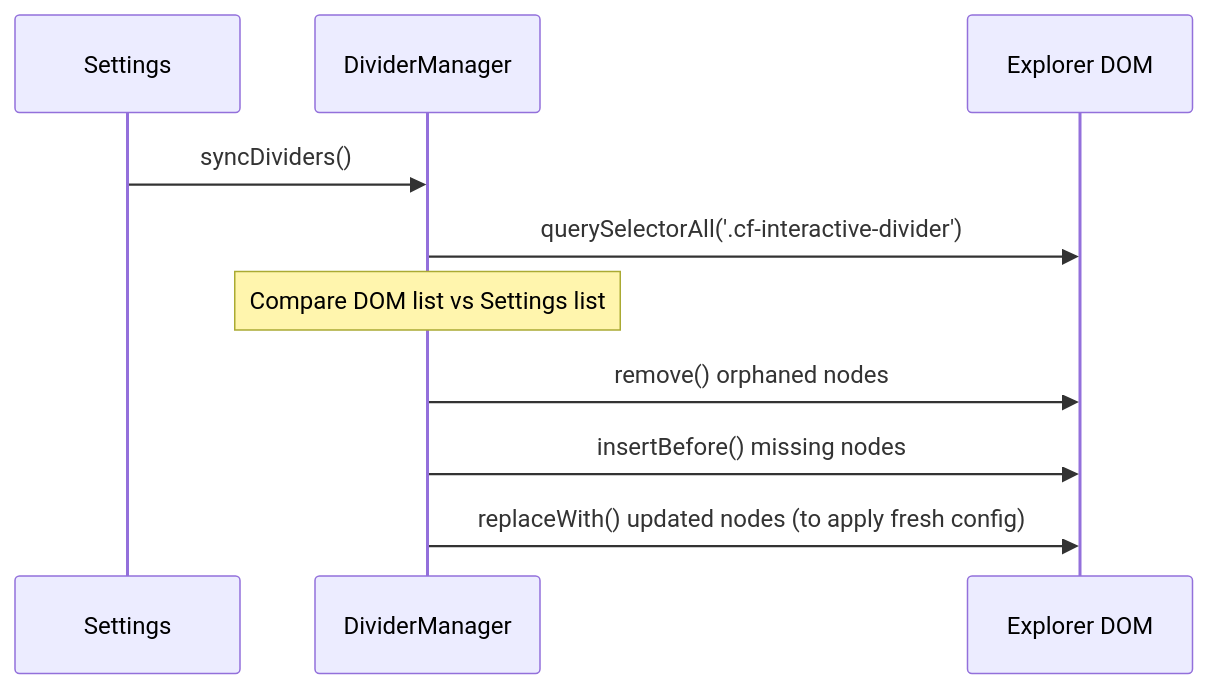
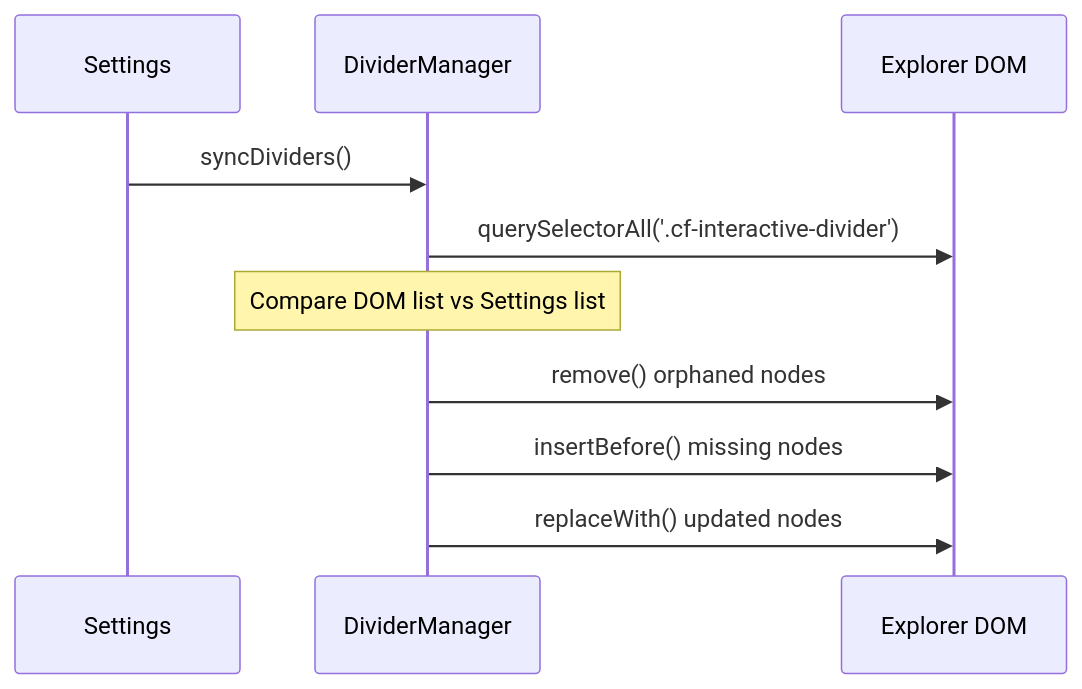
One commit to RohitNahar-Offical/colorful-folders-obsidian changed the diagram in docs/ENGINE_INTERNALS.md. Above: the diagram before and after it, drawn with Mermaid. The commit also changed other lines of this file and 8 other files, not shown here.

Commit message:
Docs: Complete overhaul of developer documentation. Added premium styling, mermaid diagrams, and restored technical sections.

````diff
--- a/docs/ENGINE_INTERNALS.md
+++ b/docs/ENGINE_INTERNALS.md
@@ -67,13 +71,13 @@
 ```mermaid
 sequenceDiagram
     participant S as Settings
     participant M as DividerManager
     participant D as Explorer DOM
     
     S->>M: syncDividers()
     M->>D: querySelectorAll('.cf-interactive-divider')
     Note over M: Compare DOM list vs Settings list
     M->>D: remove() orphaned nodes
     M->>D: insertBefore() missing nodes
-    M->>D: replaceWith() updated nodes (to apply fresh config)
+    M->>D: replaceWith() updated nodes
 ```
````
